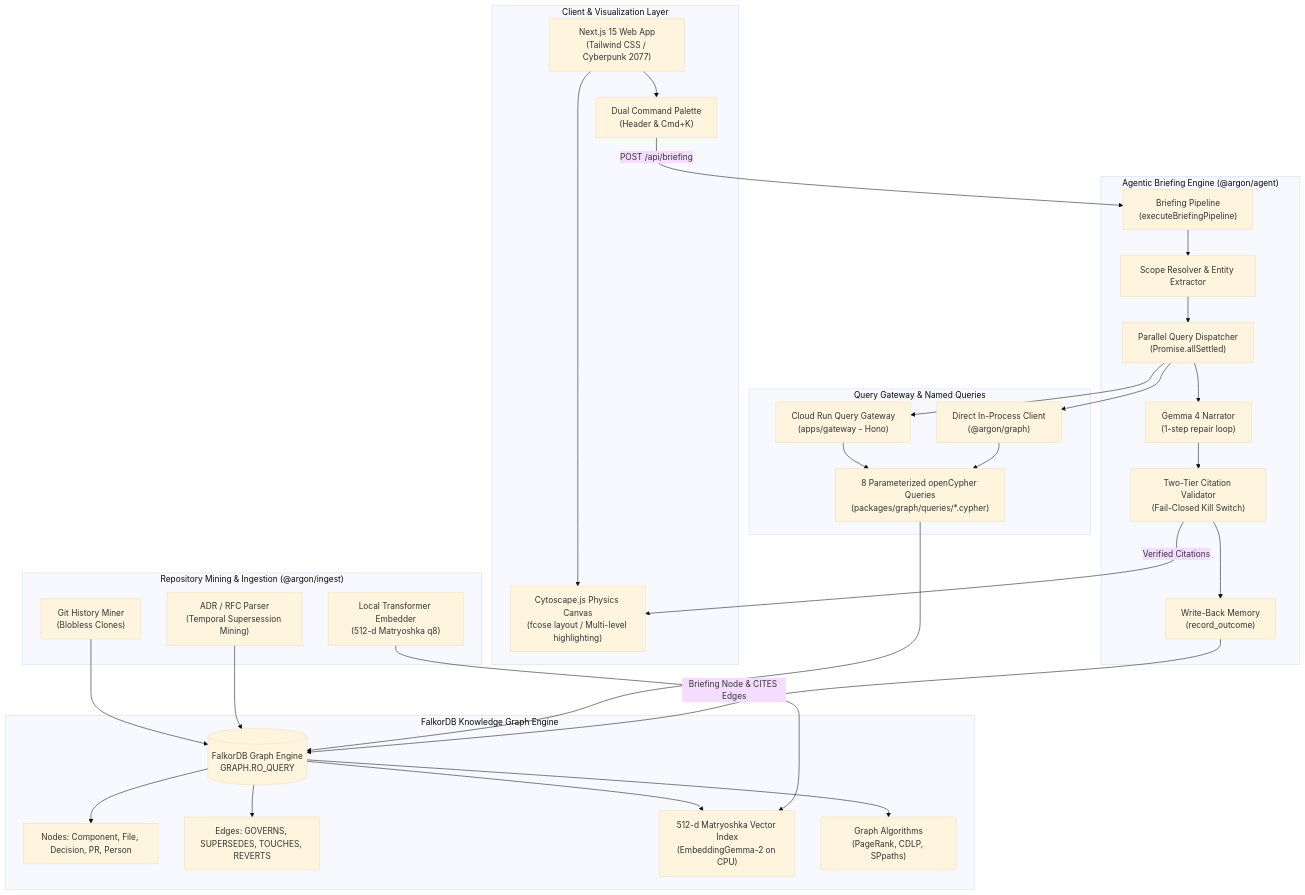
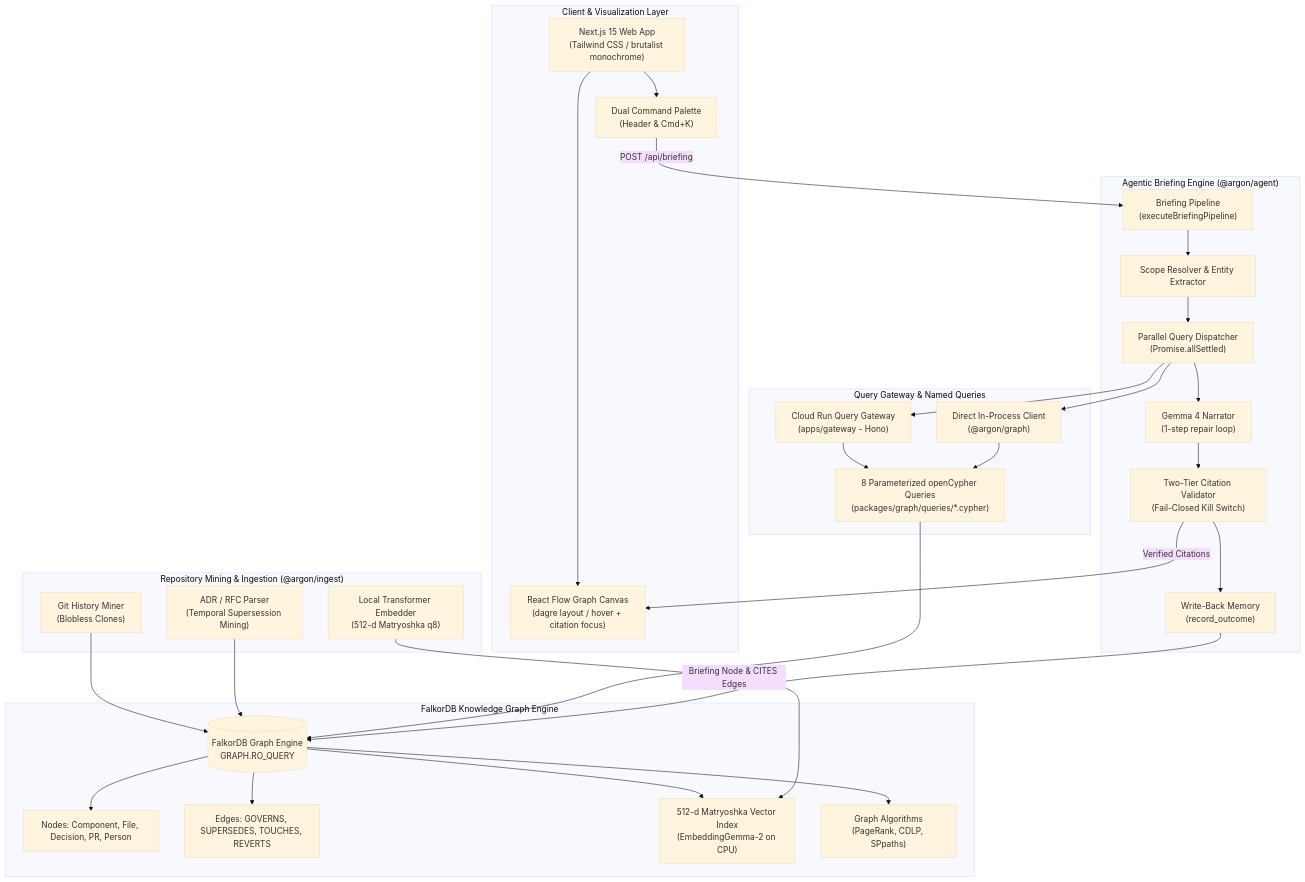
Before and after one commit to Zephyrxx0/argon: the first of 2 diagrams in README.md, drawn with Mermaid (base theme). The commit also changed other lines of this file and 1 other file, not shown here.

Commit message:
docs: update READMEs for React Flow canvas, pierre panels, landing/workspace routing

````diff
--- a/README.md
+++ b/README.md
@@ -32,63 +32,63 @@
 ```mermaid
 flowchart TD
     subgraph ClientLayer ["Client & Visualization Layer"]
-        Web["Next.js 15 Web App<br/>(Tailwind CSS / Cyberpunk 2077)"]
-        Canvas["Cytoscape.js Physics Canvas<br/>(fcose layout / Multi-level highlighting)"]
+        Web["Next.js 15 Web App<br/>(Tailwind CSS / brutalist monochrome)"]
+        Canvas["React Flow Graph Canvas<br/>(dagre layout / hover + citation focus)"]
         CmdK["Dual Command Palette<br/>(Header & Cmd+K)"]
         Web --> Canvas
         Web --> CmdK
     end
 
     subgraph AgentLayer ["Agentic Briefing Engine (@argon/agent)"]
         Pipeline["Briefing Pipeline<br/>(executeBriefingPipeline)"]
         Resolver["Scope Resolver & Entity Extractor"]
         Dispatcher["Parallel Query Dispatcher<br/>(Promise.allSettled)"]
         Narrator["Gemma 4 Narrator<br/>(1-step repair loop)"]
         Validator["Two-Tier Citation Validator<br/>(Fail-Closed Kill Switch)"]
         Memory["Write-Back Memory<br/>(record_outcome)"]
 
         Pipeline --> Resolver
         Resolver --> Dispatcher
         Dispatcher --> Narrator
         Narrator --> Validator
         Validator --> Memory
     end
 
     subgraph GatewayLayer ["Query Gateway & Named Queries"]
         Gateway["Cloud Run Query Gateway<br/>(apps/gateway - Hono)"]
         Direct["Direct In-Process Client<br/>(@argon/graph)"]
         Queries["8 Parameterized openCypher Queries<br/>(packages/graph/queries/*.cypher)"]
         Gateway --> Queries
         Direct --> Queries
     end
 
     subgraph FalkorLayer ["FalkorDB Knowledge Graph Engine"]
         Falkor[("FalkorDB Graph Engine<br/>GRAPH.RO_QUERY")]
         GraphNodes["Nodes: Component, File, Decision, PR, Person"]
         GraphEdges["Edges: GOVERNS, SUPERSEDES, TOUCHES, REVERTS"]
         VectorIdx["512-d Matryoshka Vector Index<br/>(EmbeddingGemma-2 on CPU)"]
         Algo["Graph Algorithms<br/>(PageRank, CDLP, SPpaths)"]
         
         Falkor --> GraphNodes
         Falkor --> GraphEdges
         Falkor --> VectorIdx
         Falkor --> Algo
     end
 
     subgraph IngestLayer ["Repository Mining & Ingestion (@argon/ingest)"]
         GitMiner["Git History Miner<br/>(Blobless Clones)"]
         ADRMiner["ADR / RFC Parser<br/>(Temporal Supersession Mining)"]
         Embedder["Local Transformer Embedder<br/>(512-d Matryoshka q8)"]
         
         GitMiner --> Falkor
         ADRMiner --> Falkor
         Embedder --> VectorIdx
     end
 
     CmdK -->|POST /api/briefing| Pipeline
     Dispatcher --> Gateway
     Dispatcher --> Direct
     Queries --> Falkor
     Validator -->|Verified Citations| Canvas
     Memory -->|Briefing Node & CITES Edges| Falkor
 ```
````
